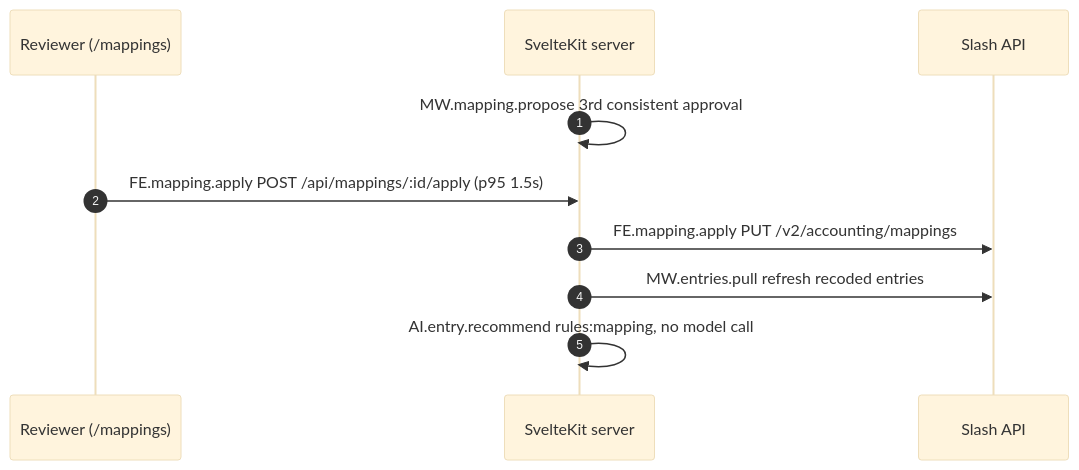
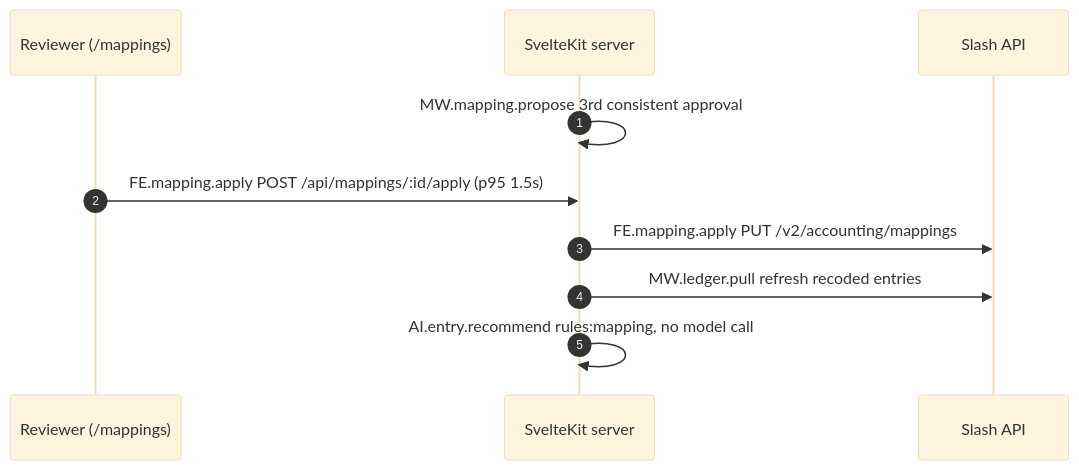
The eighth of 12 diagrams in ARCHITECTURE.md (MAKaminski/svelte-accounting-agent), drawn with Mermaid (base theme) before and after one commit. The commit also changed other lines of this file and 67 other files, not shown here.

````diff
--- a/ARCHITECTURE.md
+++ b/ARCHITECTURE.md
@@ -423,12 +480,12 @@
 ```mermaid
 sequenceDiagram
   autonumber
   participant U as Reviewer (/mappings)
   participant MW as SvelteKit server
   participant SL as Slash API
   MW->>MW: MW.mapping.propose 3rd consistent approval
   U->>MW: FE.mapping.apply POST /api/mappings/:id/apply (p95 1.5s)
   MW->>SL: FE.mapping.apply PUT /v2/accounting/mappings
-  MW->>SL: MW.entries.pull refresh recoded entries
+  MW->>SL: MW.ledger.pull refresh recoded entries
   MW->>MW: AI.entry.recommend rules:mapping, no model call
 ```
````
